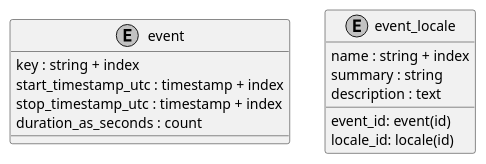
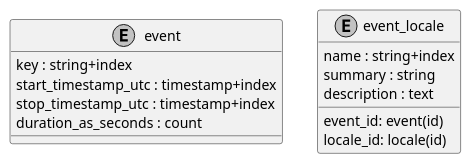
One commit to contactopensource/contactopensource changed the diagram in doc/concepts/event/uml.plantuml. Above: the diagram before and after it, drawn with PlantUML. The commit also changed 28 other files, not shown here.

```diff
--- a/doc/concepts/event/uml.plantuml
+++ b/doc/concepts/event/uml.plantuml
@@ -1,19 +1,19 @@
 @startuml uml
 skinparam monochrome true
 
 entity event {
-    key : string + index
-    start_timestamp_utc : timestamp + index
-    stop_timestamp_utc : timestamp + index
+    key : string+index
+    start_timestamp_utc : timestamp+index
+    stop_timestamp_utc : timestamp+index
     duration_as_seconds : count
 }
 
 entity event_locale {
     event_id: event(id)
     locale_id: locale(id)
-    name : string + index
+    name : string+index
     summary : string
     description : text
 }
 
 @enduml
```
